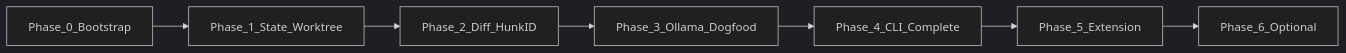
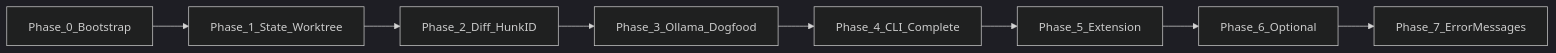
The diagram in docs/implementation-plan.md (beettlle/stet), drawn with Mermaid (dark theme) before and after one commit. The commit also changed other lines of this file and 3 other files, not shown here.

````diff
--- a/docs/implementation-plan.md
+++ b/docs/implementation-plan.md
@@ -39,9 +40,10 @@
 ```mermaid
 flowchart LR
   P0[Phase_0_Bootstrap] --> P1[Phase_1_State_Worktree]
   P1 --> P2[Phase_2_Diff_HunkID]
   P2 --> P3[Phase_3_Ollama_Dogfood]
   P3 --> P4[Phase_4_CLI_Complete]
   P4 --> P5[Phase_5_Extension]
   P5 --> P6[Phase_6_Optional]
+  P6 --> P7[Phase_7_ErrorMessages]
 ```
````
